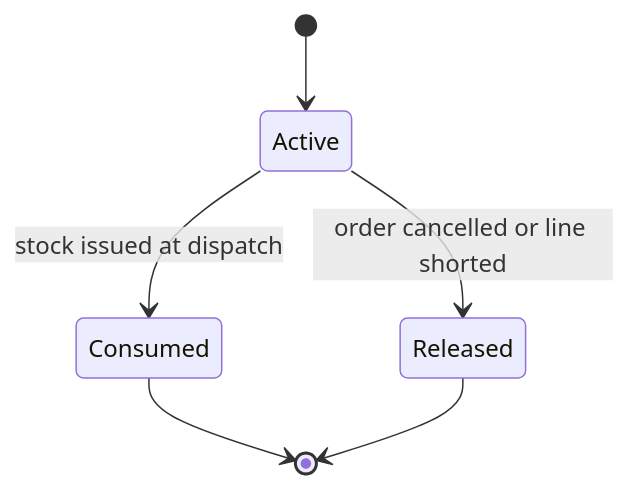
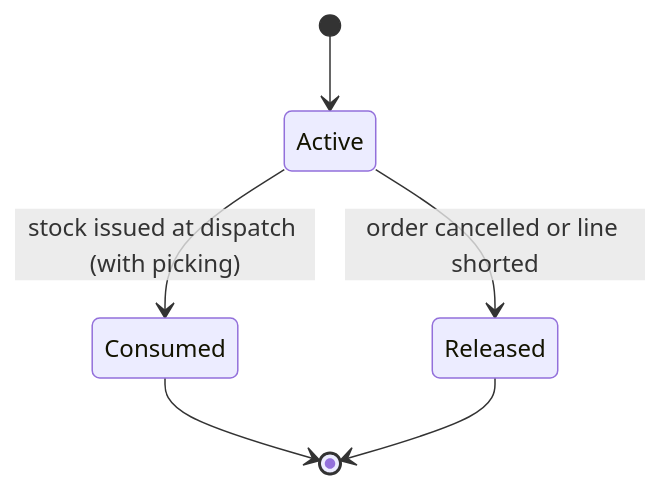
The first of 5 diagrams in docs/domain/aggregates.md (Fit0/estiba-wms), drawn with Mermaid before and after one commit. The commit also changed other lines of this file and 130 other files, not shown here.

````diff
--- a/docs/domain/aggregates.md
+++ b/docs/domain/aggregates.md
@@ -100,8 +100,8 @@
 ```mermaid
 stateDiagram-v2
     [*] --> Active
-    Active --> Consumed: stock issued at dispatch
+    Active --> Consumed: stock issued at dispatch (with picking)
     Active --> Released: order cancelled or line shorted
     Consumed --> [*]
     Released --> [*]
 ```
````
